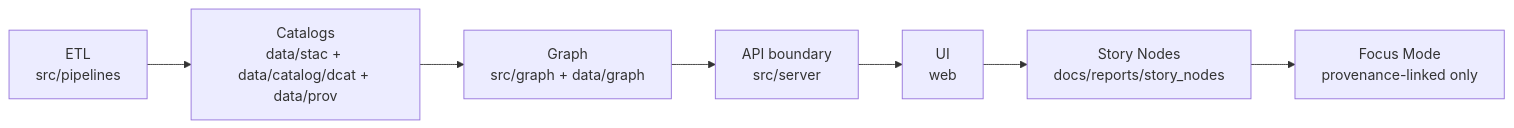
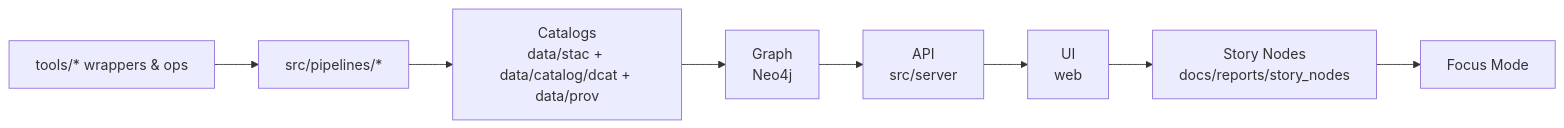
Before and after one commit to bartytime4life/Kansas-Frontier-Matrix: the diagram in tools/README.md, drawn with Mermaid. The commit also changed other lines of this file, not shown here.

First line of the commit message:
Revise tools README for clarity and updates

```diff
--- a/tools/README.md
+++ b/tools/README.md
@@ -188,9 +123,10 @@
 ~~~mermaid
 flowchart LR
-  A[ETL<br/>src/pipelines] --> B[Catalogs<br/>data/stac + data/catalog/dcat + data/prov]
-  B --> C[Graph<br/>src/graph + data/graph]
-  C --> D[API boundary<br/>src/server]
-  D --> E[UI<br/>web]
-  E --> F[Story Nodes<br/>docs/reports/story_nodes]
-  F --> G[Focus Mode<br/>provenance-linked only]
+  T[tools/* wrappers & ops] --> P[src/pipelines/*]
+  P --> C[Catalogs<br/>data/stac + data/catalog/dcat + data/prov]
+  C --> G[Graph<br/>Neo4j]
+  G --> A[API<br/>src/server]
+  A --> U[UI<br/>web]
+  U --> S[Story Nodes<br/>docs/reports/story_nodes]
+  S --> F[Focus Mode]
 ~~~
```
